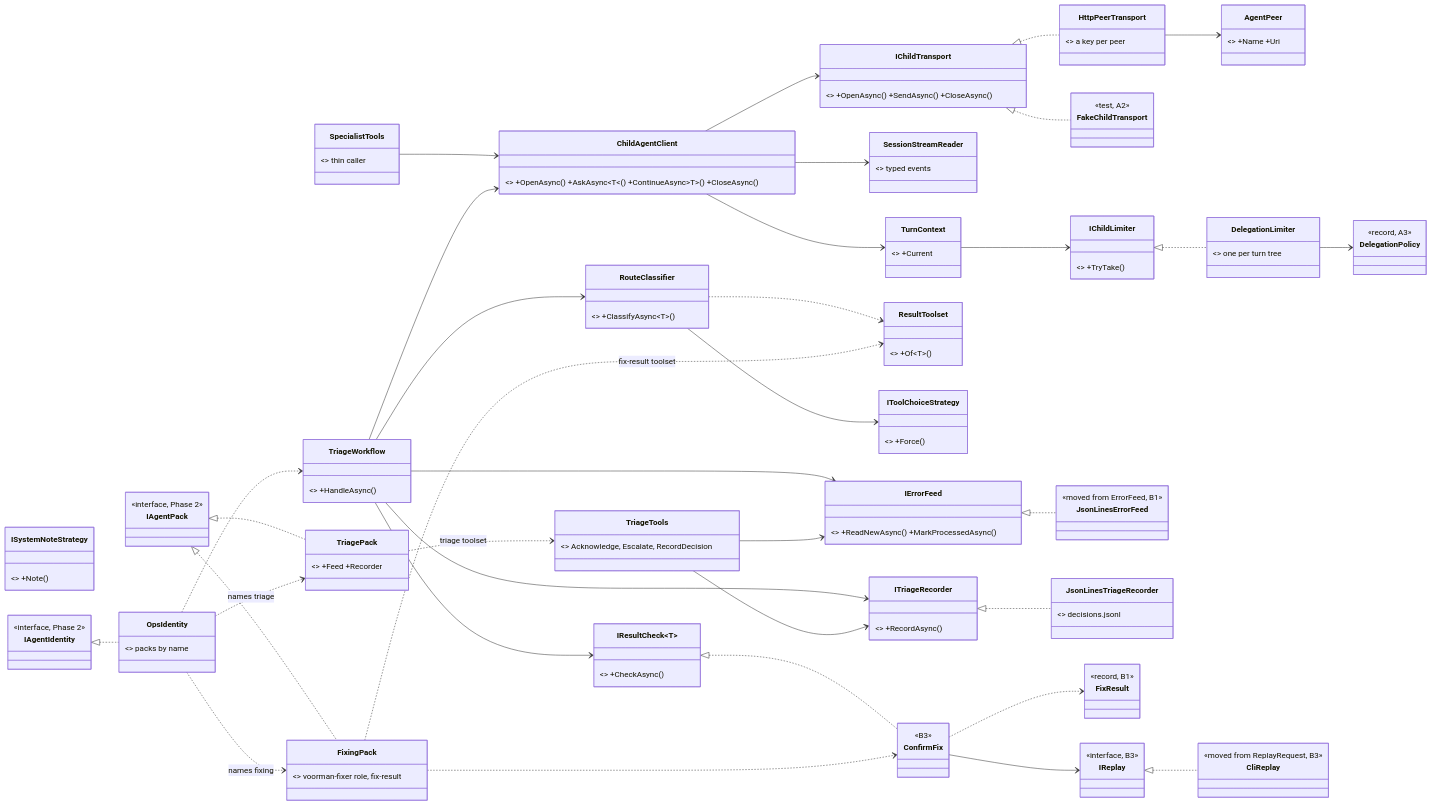
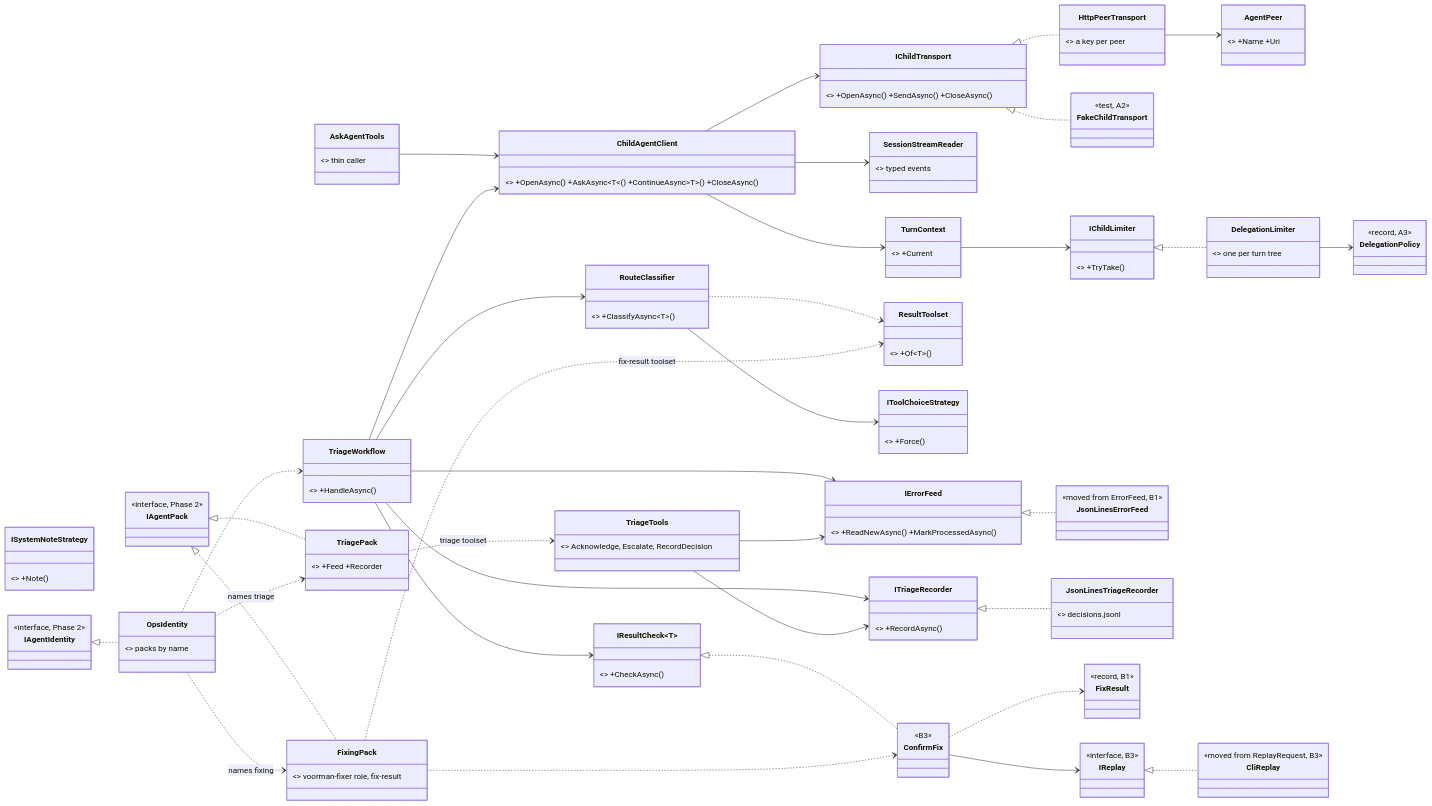
Before and after one commit to bosbevk/louis-agent: the second of 5 diagrams in src/docs/plans/F39-orchestration.md, drawn with Mermaid. The commit also changed other lines of this file and 35 other files, not shown here.

First line of the commit message:
docs(f127.3.1): step 12 - the docs say AskAgent, ADR 0117 settled, the plan folded

````diff
--- a/src/docs/plans/F39-orchestration.md
+++ b/src/docs/plans/F39-orchestration.md
@@ -416,69 +421,69 @@
 ```mermaid
 classDiagram
     direction LR
     class AgentPeer { <<record, A2, new>> +Name +Uri }
     class IChildTransport { <<interface, A2>> +OpenAsync() +SendAsync() +CloseAsync() }
-    class HttpPeerTransport { <<moved from SpecialistTools, A2>> a key per peer }
+    class HttpPeerTransport { <<from PeerSession and PeerHttp, A2>> a key per peer }
     class FakeChildTransport { <<test, A2>> }
     class ChildAgentClient { <<A2>> +OpenAsync() +AskAsync~T~() +ContinueAsync~T~() +CloseAsync() }
     class SessionStreamReader { <<Phase 3>> typed events }
     class DelegationPolicy { <<record, A3>> }
     class IChildLimiter { <<interface, Sessions, A3>> +TryTake() }
     class DelegationLimiter { <<A3>> one per turn tree }
     class TurnContext { <<Sessions, A4>> +Current }
     class ISystemNoteStrategy { <<interface, Llm, A4a>> +Note() }
     class ResultToolset { <<Agent, A5>> +Of~T~() }
     class IResultCheck~T~ { <<interface, A5>> +CheckAsync() }
     class RouteClassifier { <<Agent, A6>> +ClassifyAsync~T~() }
     class IToolChoiceStrategy { <<interface, Llm, A6>> +Force() }
-    class SpecialistTools { <<changed, A2>> thin caller }
+    class AskAgentTools { <<changed, A2>> thin caller }
     class IAgentIdentity { <<interface, Phase 2>> }
     class IAgentPack { <<interface, Phase 2>> }
     class OpsIdentity { <<B1>> packs by name }
     class TriageWorkflow { <<B4>> +HandleAsync() }
     class TriagePack { <<B1>> +Feed +Recorder }
     class TriageTools { <<B1, B5>> Acknowledge, Escalate, RecordDecision }
     class IErrorFeed { <<interface, B1>> +ReadNewAsync() +MarkProcessedAsync() }
     class JsonLinesErrorFeed { <<moved from ErrorFeed, B1>> }
     class ITriageRecorder { <<interface, B1>> +RecordAsync() }
     class JsonLinesTriageRecorder { <<moved from Program, B1>> decisions.jsonl }
     class FixingPack { <<B1>> voorman-fixer role, fix-result }
     class FixResult { <<record, B1>> }
     class ConfirmFix { <<B3>> }
     class IReplay { <<interface, B3>> }
     class CliReplay { <<moved from ReplayRequest, B3>> }
     IChildTransport <|.. HttpPeerTransport
     IChildTransport <|.. FakeChildTransport
     HttpPeerTransport --> AgentPeer
     ChildAgentClient --> IChildTransport
     ChildAgentClient --> SessionStreamReader
     ChildAgentClient --> TurnContext
     TurnContext --> IChildLimiter
     IChildLimiter <|.. DelegationLimiter
     DelegationLimiter --> DelegationPolicy
-    SpecialistTools --> ChildAgentClient
+    AskAgentTools --> ChildAgentClient
     RouteClassifier --> IToolChoiceStrategy
     RouteClassifier ..> ResultToolset
     IAgentIdentity <|.. OpsIdentity
     IAgentPack <|.. TriagePack
     IAgentPack <|.. FixingPack
     OpsIdentity ..> TriagePack : names triage
     OpsIdentity ..> FixingPack : names fixing
     OpsIdentity ..> TriageWorkflow
     TriageWorkflow --> RouteClassifier
     TriageWorkflow --> ChildAgentClient
     TriageWorkflow --> IResultCheck~T~
     TriageWorkflow --> IErrorFeed
     TriageWorkflow --> ITriageRecorder
     IResultCheck~T~ <|.. ConfirmFix
     ConfirmFix --> IReplay
     ConfirmFix ..> FixResult
     IReplay <|.. CliReplay
     IErrorFeed <|.. JsonLinesErrorFeed
     ITriageRecorder <|.. JsonLinesTriageRecorder
     TriagePack ..> TriageTools : triage toolset
     TriageTools --> IErrorFeed
     TriageTools --> ITriageRecorder
     FixingPack ..> ConfirmFix
     FixingPack ..> ResultToolset : fix-result toolset
 ```
````
